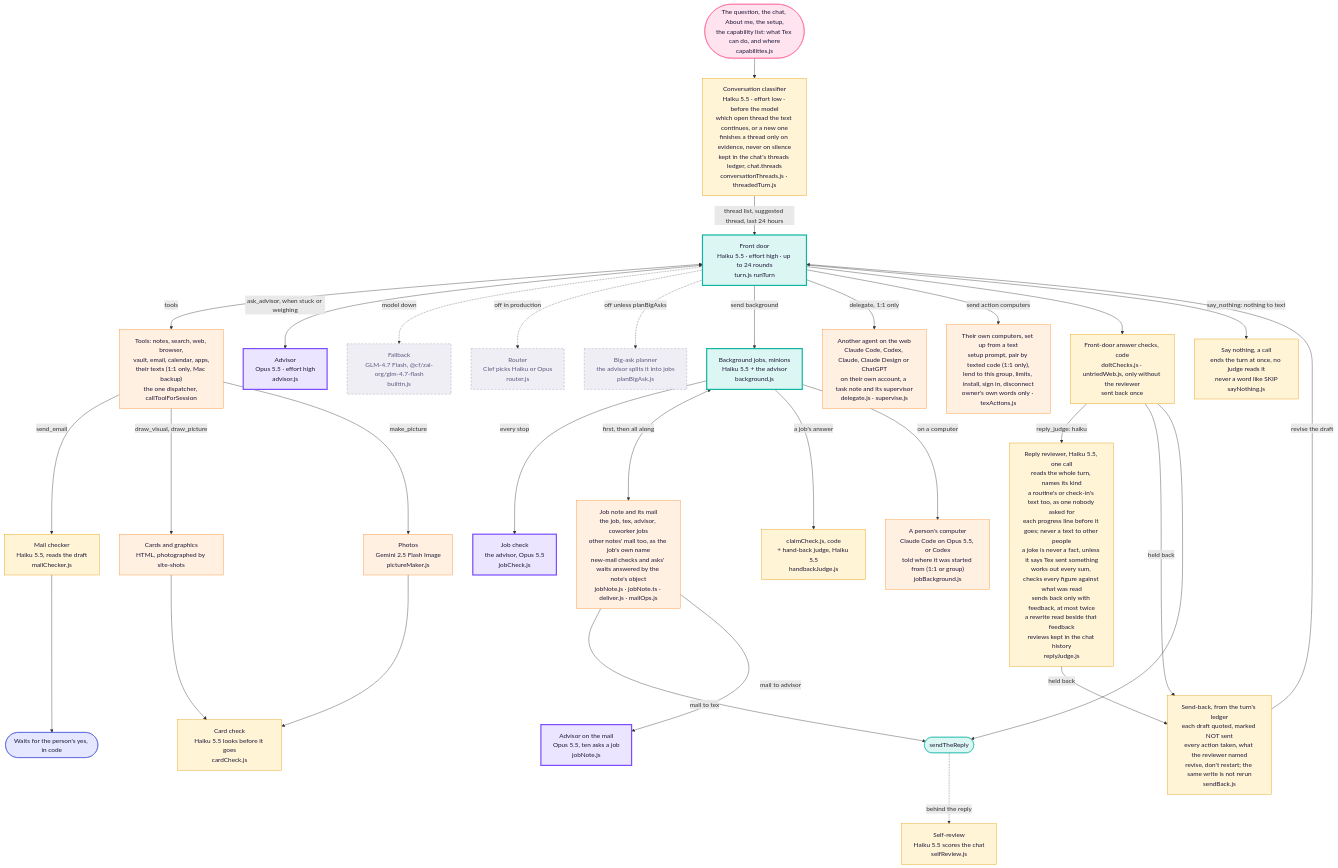
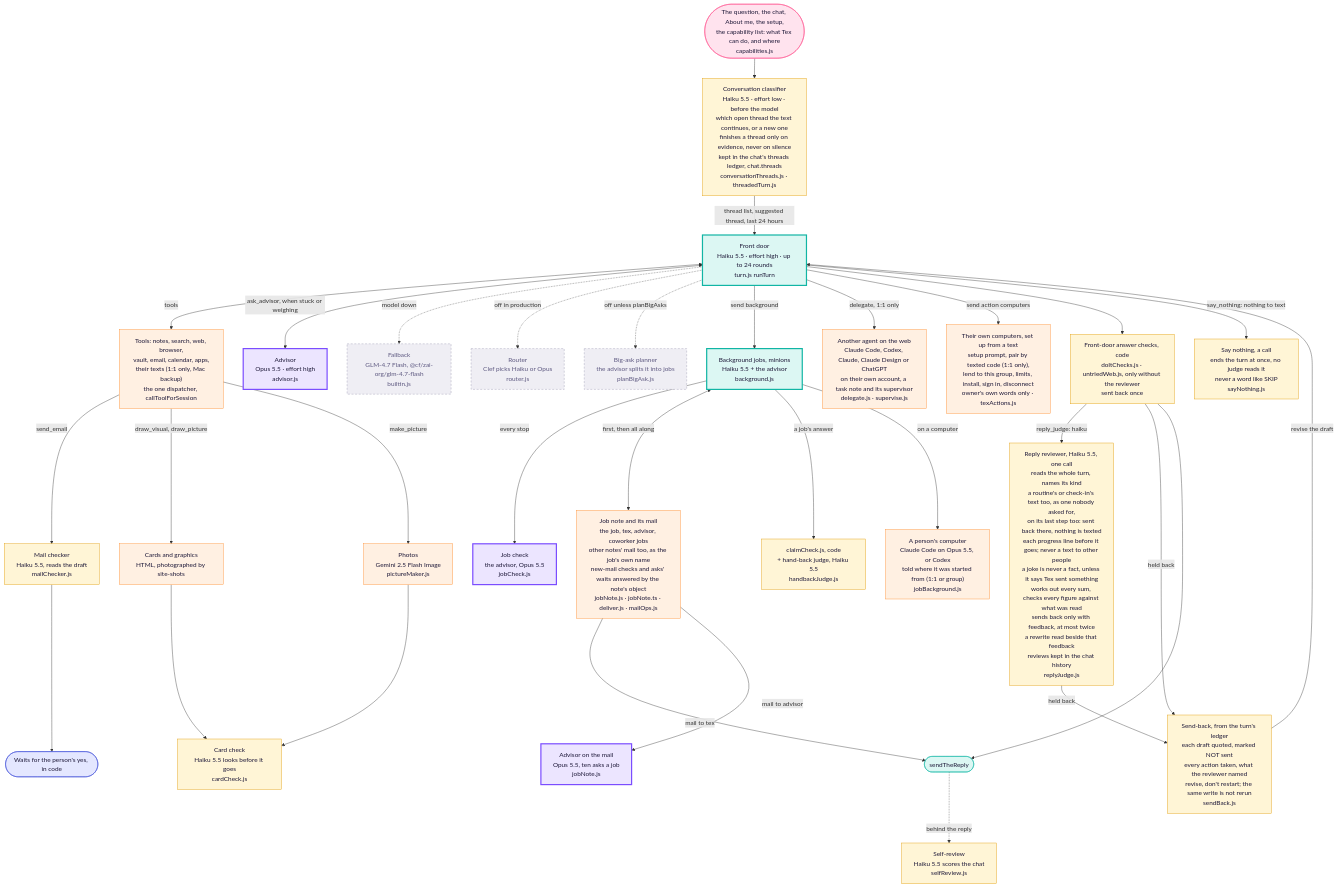
One commit to Supa-Media/context changed the third of 3 diagrams in docs/architecture/tex.md. Above: the diagram before and after it, drawn with Mermaid. The commit also changed other lines of this file and 10 other files, not shown here.

First line of the commit message:
Tex routines that run out of steps end quiet and see a finished job's report

````diff
--- a/docs/architecture/tex.md
+++ b/docs/architecture/tex.md
@@ -112,47 +112,47 @@
 ```mermaid
 flowchart TB
   Q([The question, the chat, About me, the setup,<br/>the capability list: what Tex can do, and where<br/>capabilities.js]):::you --> CL
   CL["Conversation classifier<br/>Haiku 5.5 · effort low · before the model<br/>which open thread the text continues, or a new one<br/>finishes a thread only on evidence, never on silence<br/>kept in the chat's threads ledger, chat.threads<br/>conversationThreads.js · threadedTurn.js"]:::judge
   CL -->|thread list, suggested thread, last 24 hours| FD
   FD["Front door<br/>Haiku 5.5 · effort high · up to 24 rounds<br/>turn.js runTurn"]:::haiku
   FD <-->|tools| T["Tools: notes, search, web, browser,<br/>vault, email, calendar, apps,<br/>their texts (1:1 only, Mac backup)<br/>the one dispatcher, callToolForSession"]:::tool
   FD <-->|ask_advisor, when stuck or weighing| ADV["Advisor<br/>Opus 5.5 · effort high<br/>advisor.js"]:::opus
   FD -. model down .-> FB["Fallback<br/>GLM-4.7 Flash, @cf/zai-org/glm-4.7-flash<br/>builtin.js"]:::off
   FD -. off in production .-> RT["Router<br/>Clef picks Haiku or Opus<br/>router.js"]:::off
   FD -. off unless planBigAsks .-> PL["Big-ask planner<br/>the advisor splits it into jobs<br/>planBigAsk.js"]:::off
 
   FD -->|send background| JOB["Background jobs, minions<br/>Haiku 5.5 + the advisor<br/>background.js"]:::haiku
   JOB -->|every stop| JC["Job check<br/>the advisor, Opus 5.5<br/>jobCheck.js"]:::opus
   JOB <-->|first, then all along| JN["Job note and its mail<br/>the job, tex, advisor, coworker jobs<br/>other notes' mail too, as the job's own name<br/>new-mail checks and asks' waits answered by the note's object<br/>jobNote.js · jobNote.ts · deliver.js · mailOps.js"]:::tool
   JN -->|mail to tex| SEND
   JN -->|mail to advisor| JNA["Advisor on the mail<br/>Opus 5.5, ten asks a job<br/>jobNote.js"]:::opus
   JOB -->|a job's answer| JCK["claimCheck.js, code<br/>+ hand-back judge, Haiku 5.5<br/>handbackJudge.js"]:::judge
   JOB -->|on a computer| PC["A person's computer<br/>Claude Code on Opus 5.5, or Codex<br/>told where it was started from (1:1 or group)<br/>jobBackground.js"]:::tool
   FD -->|delegate, 1:1 only| DL["Another agent on the web<br/>Claude Code, Codex, Claude, Claude Design or ChatGPT<br/>on their own account, a task note and its supervisor<br/>delegate.js · supervise.js"]:::tool
   FD -->|send action computers| CS["Their own computers, set up from a text<br/>setup prompt, pair by texted code (1:1 only),<br/>lend to this group, limits, install, sign in, disconnect<br/>owner's own words only · texActions.js"]:::tool
 
   T -->|send_email| MC["Mail checker<br/>Haiku 5.5, reads the draft<br/>mailChecker.js"]:::judge
   MC --> YES([Waits for the person's yes, in code]):::rail
   T -->|draw_visual, draw_picture| PIC["Cards and graphics<br/>HTML, photographed by site-shots"]:::tool
   T -->|make_picture| IMG["Photos<br/>Gemini 2.5 Flash Image<br/>pictureMaker.js"]:::tool
   PIC --> CC["Card check<br/>Haiku 5.5 looks before it goes<br/>cardCheck.js"]:::judge
   IMG --> CC
 
   FD --> CHK["Front-door answer checks, code<br/>doItChecks.js · untriedWeb.js, only without the reviewer<br/>sent back once"]:::judge
   FD -->|say_nothing: nothing to text| QT["Say nothing, a call<br/>ends the turn at once, no judge reads it<br/>never a word like SKIP<br/>sayNothing.js"]:::judge
-  CHK -->|reply_judge: haiku| RJ["Reply reviewer, Haiku 5.5, one call<br/>reads the whole turn, names its kind<br/>a routine's or check-in's text too, as one nobody asked for<br/>each progress line before it goes; never a text to other people<br/>a joke is never a fact, unless it says Tex sent something<br/>works out every sum, checks every figure against what was read<br/>sends back only with feedback, at most twice<br/>a rewrite read beside that feedback<br/>reviews kept in the chat history<br/>replyJudge.js"]:::judge
+  CHK -->|reply_judge: haiku| RJ["Reply reviewer, Haiku 5.5, one call<br/>reads the whole turn, names its kind<br/>a routine's or check-in's text too, as one nobody asked for,<br/>on its last step too: sent back there, nothing is texted<br/>each progress line before it goes; never a text to other people<br/>a joke is never a fact, unless it says Tex sent something<br/>works out every sum, checks every figure against what was read<br/>sends back only with feedback, at most twice<br/>a rewrite read beside that feedback<br/>reviews kept in the chat history<br/>replyJudge.js"]:::judge
   CHK -->|held back| SB["Send-back, from the turn's ledger<br/>each draft quoted, marked NOT sent<br/>every action taken, what the reviewer named<br/>revise, don't restart; the same write is not rerun<br/>sendBack.js"]:::judge
   RJ -->|held back| SB
   SB -->|revise the draft| FD
   CHK --> SEND([sendTheReply]):::door
   SEND -. behind the reply .-> SR["Self-review<br/>Haiku 5.5 scores the chat<br/>selfReview.js"]:::judge
 
   classDef you fill:#ffe3ee,stroke:#ff4f8b,color:#1d1838
   classDef haiku fill:#dcf7f3,stroke:#11b5a4,stroke-width:3px,color:#1d1838
   classDef opus fill:#ece5ff,stroke:#7b4dff,stroke-width:3px,color:#1d1838
   classDef judge fill:#fff5d6,stroke:#e09a00,color:#1d1838
   classDef tool fill:#fff0e2,stroke:#ff8a2a,color:#1d1838
   classDef rail fill:#e4e7ff,stroke:#3c4bd6,color:#1d1838
   classDef door fill:#dcf7f3,stroke:#11b5a4,color:#1d1838
   classDef off fill:#efeef4,stroke:#9a97b0,stroke-dasharray:5 4,color:#5d5880
 ```
````
